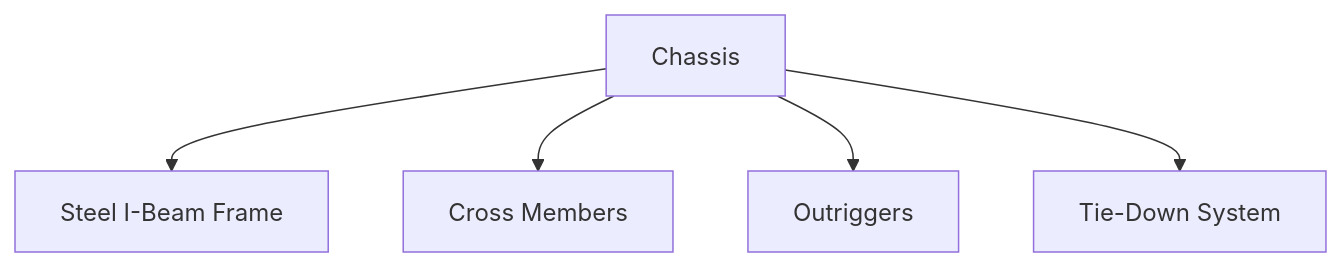
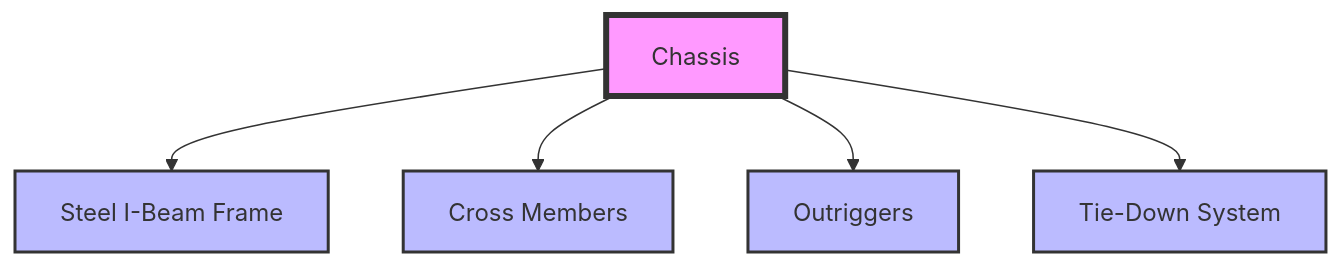
The first of 4 diagrams in docs/docs/products/rapid-deployment-module.md (szemkoff/coreplus), drawn with Mermaid before and after one commit. The commit also changed other lines of this file and 3 other files, not shown here.

Commit message:
feat: add Mermaid diagram support and enhance documentation

````diff
--- a/docs/docs/products/rapid-deployment-module.md
+++ b/docs/docs/products/rapid-deployment-module.md
@@ -45,7 +46,12 @@
 ```mermaid
-graph TD
+flowchart TD
     A[Chassis] --> B[Steel I-Beam Frame]
     A --> C[Cross Members]
     A --> D[Outriggers]
     A --> E[Tie-Down System]
+    style A fill:#f9f,stroke:#333,stroke-width:4px
+    style B fill:#bbf,stroke:#333,stroke-width:2px
+    style C fill:#bbf,stroke:#333,stroke-width:2px
+    style D fill:#bbf,stroke:#333,stroke-width:2px
+    style E fill:#bbf,stroke:#333,stroke-width:2px
 ```
````
